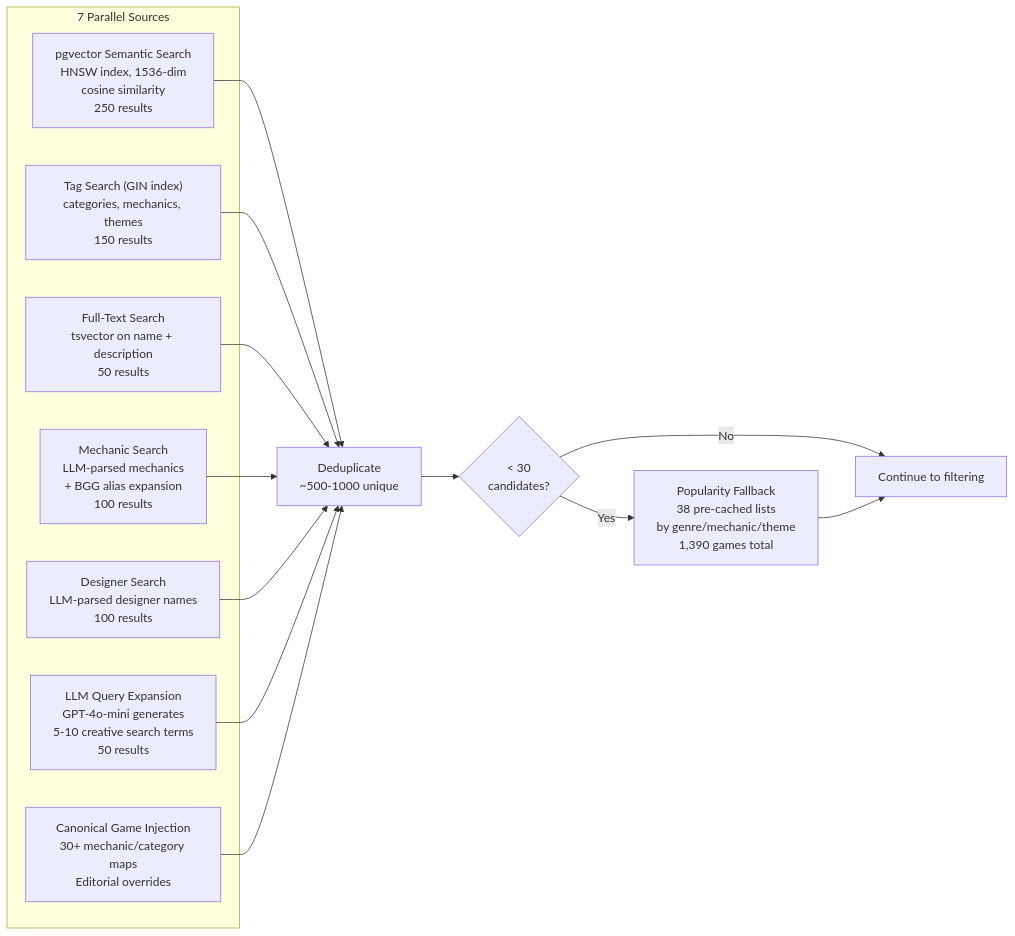
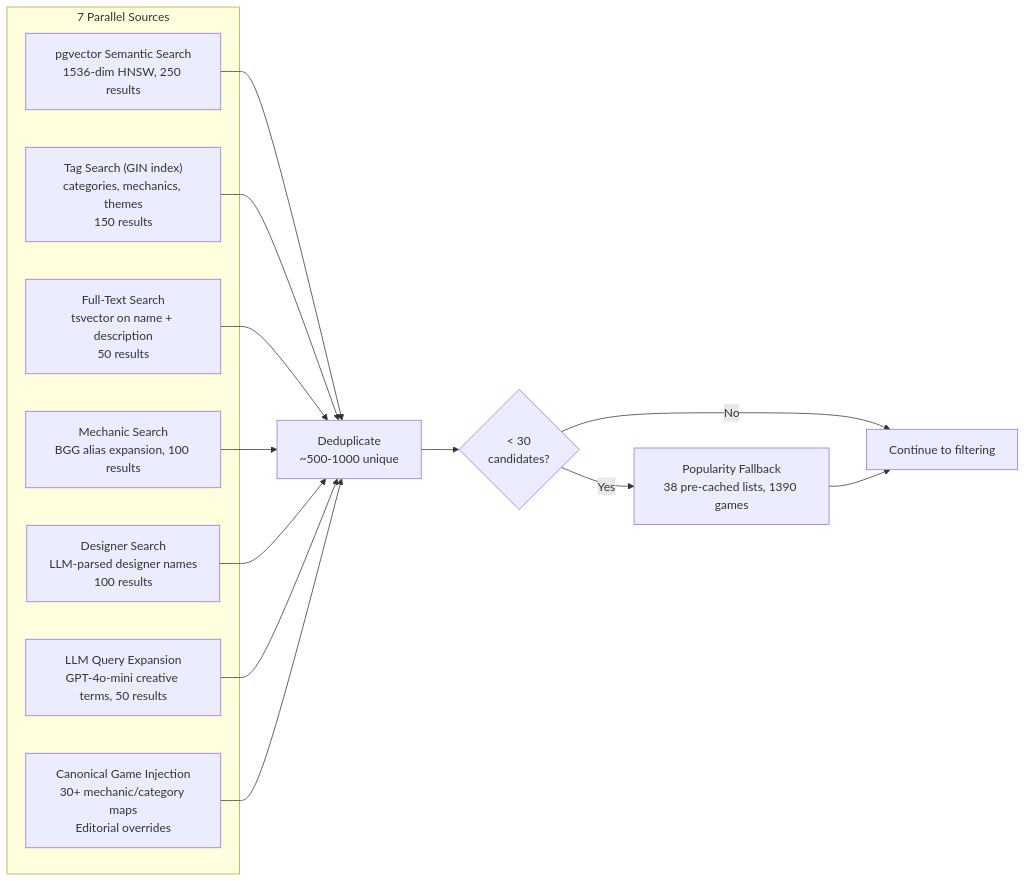
The fifth of 11 diagrams in docs/HACKMD-REVIEW.md (stopitdan/recommendagame), drawn with Mermaid before and after one commit. The commit also changed other lines of this file and 2 other files, not shown here.

First line of the commit message:
Fix mermaid diagrams: simplify nodes that caused 'Unsupported markdown: list'

````diff
--- a/docs/HACKMD-REVIEW.md
+++ b/docs/HACKMD-REVIEW.md
@@ -289,23 +289,23 @@
 ```mermaid
 flowchart LR
     subgraph Sources["7 Parallel Sources"]
-        V["pgvector Semantic Search<br/>HNSW index, 1536-dim<br/>cosine similarity<br/>250 results"]
+        V["pgvector Semantic Search<br/>1536-dim HNSW, 250 results"]
         T["Tag Search (GIN index)<br/>categories, mechanics, themes<br/>150 results"]
         X["Full-Text Search<br/>tsvector on name + description<br/>50 results"]
-        M["Mechanic Search<br/>LLM-parsed mechanics<br/>+ BGG alias expansion<br/>100 results"]
+        M["Mechanic Search<br/>BGG alias expansion, 100 results"]
         D["Designer Search<br/>LLM-parsed designer names<br/>100 results"]
-        E["LLM Query Expansion<br/>GPT-4o-mini generates<br/>5-10 creative search terms<br/>50 results"]
+        E["LLM Query Expansion<br/>GPT-4o-mini creative terms, 50 results"]
         CAN["Canonical Game Injection<br/>30+ mechanic/category maps<br/>Editorial overrides"]
     end
 
     DEDUP["Deduplicate<br/>~500-1000 unique"]
 
     FALLBACK{"< 30<br/>candidates?"}
-    POP["Popularity Fallback<br/>38 pre-cached lists<br/>by genre/mechanic/theme<br/>1,390 games total"]
+    POP["Popularity Fallback<br/>38 pre-cached lists, 1390 games"]
 
     V & T & X & M & D & E & CAN --> DEDUP
     DEDUP --> FALLBACK
     FALLBACK -->|Yes| POP
     FALLBACK -->|No| NEXT["Continue to filtering"]
     POP --> NEXT
 ```
````
